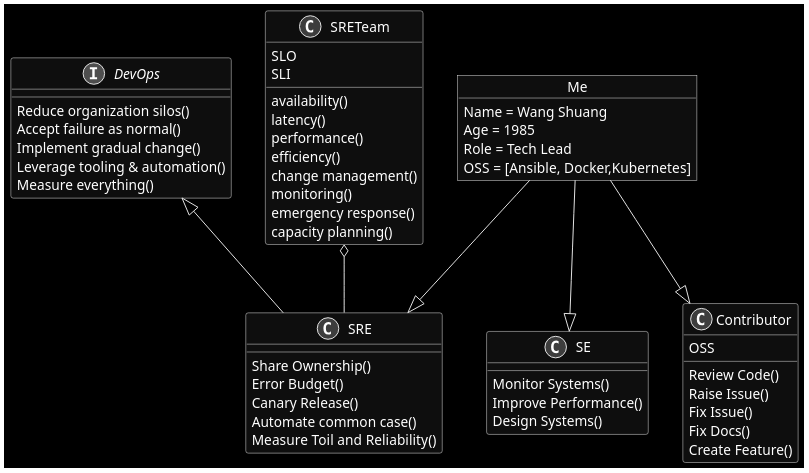
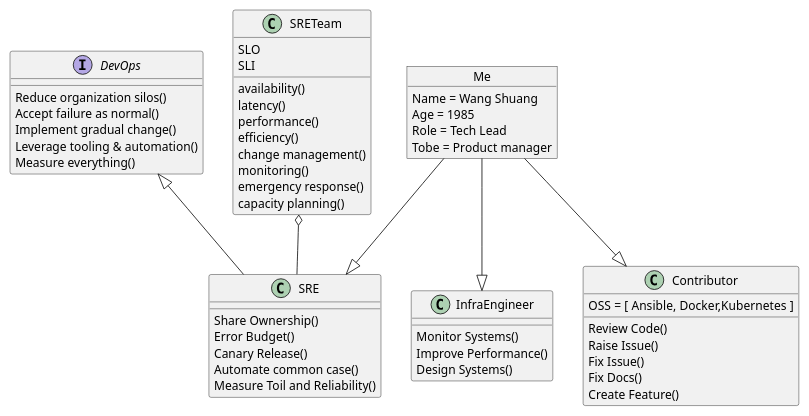
One commit to ptux/mashtun changed the diagram in docs/plantumls/me.md. Above: the diagram before and after it, drawn with PlantUML. The commit also changed 2 other files, not shown here.

````diff
--- a/docs/plantumls/me.md
+++ b/docs/plantumls/me.md
@@ -1,63 +1,64 @@
 ```plantuml
 @startuml
 scale 800 width
-skinparam monochrome reverse
 
 interface DevOps{
     Reduce organization silos()
     Accept failure as normal()
     Implement gradual change()
     Leverage tooling & automation()
     Measure everything()
 }
 
 class SRE{
     Share Ownership()
     Error Budget()
     Canary Release()
     Automate common case()
     Measure Toil and Reliability()
 }
-Class SE{
+
+Class InfraEngineer{
     Monitor Systems()
     Improve Performance()
     Design Systems()
 }
+
 Class Contributor{
-    OSS
+    OSS = [ Ansible, Docker,Kubernetes ]
     Review Code()
     Raise Issue()
     Fix Issue()
     Fix Docs()
     Create Feature()
 }
 
 class SRETeam{
     SLO
     SLI
     availability()
     latency()
     performance()
     efficiency()
     change management()
     monitoring()
     emergency response()
     capacity planning()
 }
 
 object Me
 Me : Name = Wang Shuang
 Me : Age = 1985
 Me : Role = Tech Lead
-Me : OSS = [Ansible, Docker,Kubernetes]
+Me : Tobe = Product manager
 
 
 DevOps <|-- SRE
 SRETeam o-- SRE
 
 Me --|> Contributor
 Me --|> SRE
-Me --|> SE
+Me --|> InfraEngineer
 
 @enduml
 ```
````
